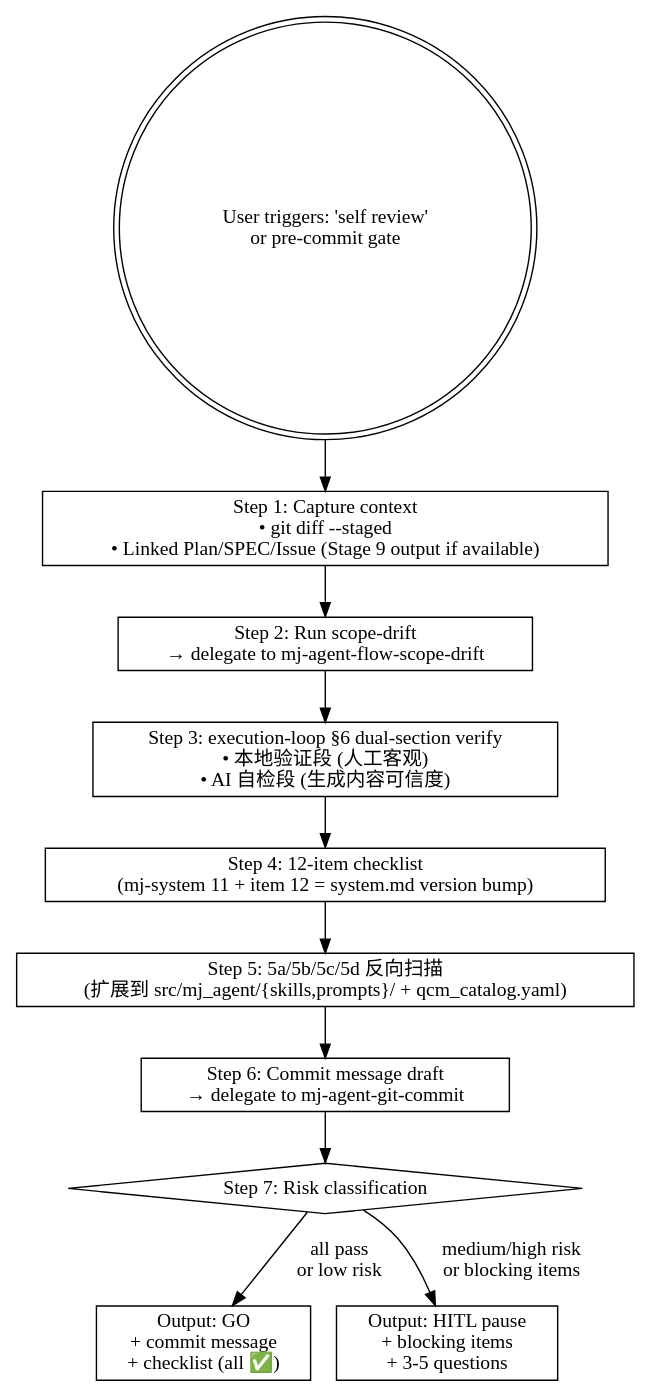
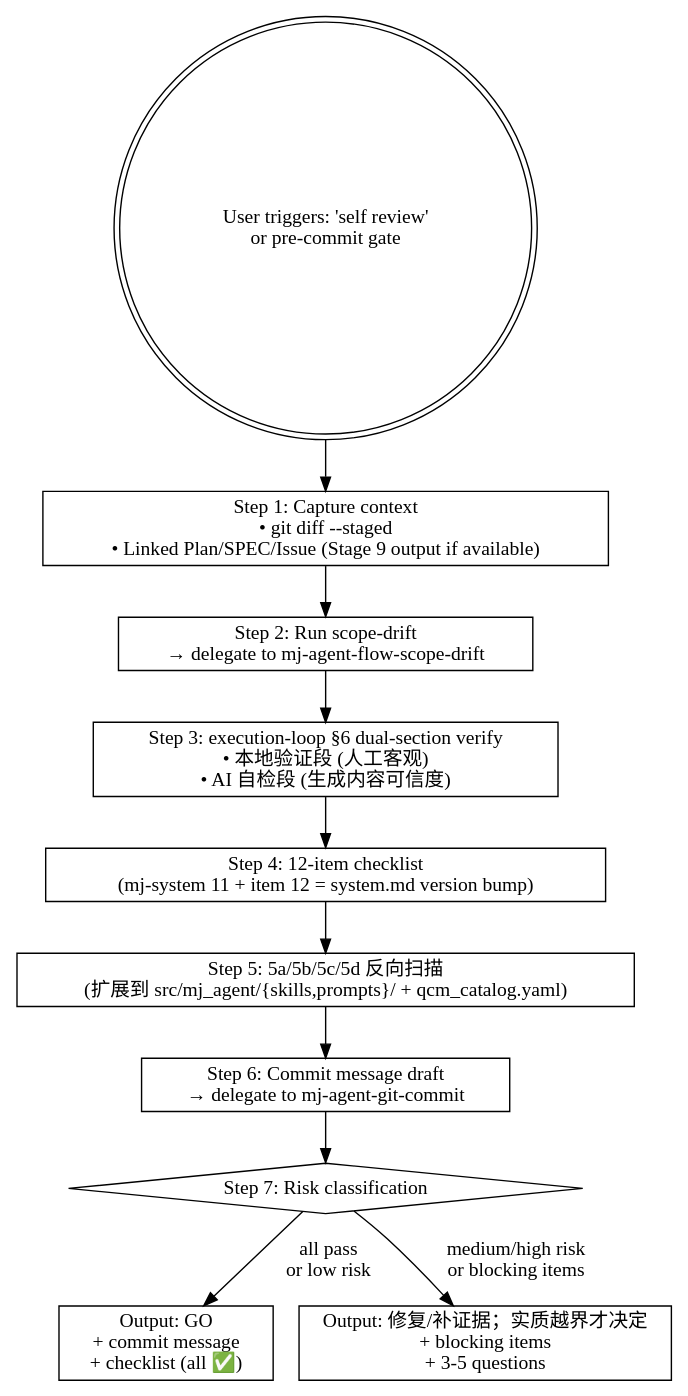
One commit to MJ-AgentLab/mj-agent changed the diagram in .agents/skills/mj-agent-flow-self-review/SKILL.md. Above: the diagram before and after it, drawn with Graphviz. The commit also changed other lines of this file and 134 other files, not shown here.

````diff
--- a/.agents/skills/mj-agent-flow-self-review/SKILL.md
+++ b/.agents/skills/mj-agent-flow-self-review/SKILL.md
@@ -27,21 +28,21 @@
 ```dot
 digraph self_review {
   rankdir=TB;
   start [label="User triggers: 'self review'\nor pre-commit gate" shape=doublecircle];
 
   s1 [label="Step 1: Capture context\n• git diff --staged\n• Linked Plan/SPEC/Issue (Stage 9 output if available)" shape=box];
   s2 [label="Step 2: Run scope-drift\n→ delegate to mj-agent-flow-scope-drift" shape=box];
   s3 [label="Step 3: execution-loop §6 dual-section verify\n• 本地验证段 (人工客观)\n• AI 自检段 (生成内容可信度)" shape=box];
   s4 [label="Step 4: 12-item checklist\n(mj-system 11 + item 12 = system.md version bump)" shape=box];
   s5 [label="Step 5: 5a/5b/5c/5d 反向扫描\n(扩展到 src/mj_agent/{skills,prompts}/ + qcm_catalog.yaml)" shape=box];
   s6 [label="Step 6: Commit message draft\n→ delegate to mj-agent-git-commit" shape=box];
   s7 [label="Step 7: Risk classification" shape=diamond];
 
   go [label="Output: GO\n+ commit message\n+ checklist (all ✅)" shape=box];
-  hitl [label="Output: HITL pause\n+ blocking items\n+ 3-5 questions" shape=box];
+  hitl [label="Output: 修复/补证据；实质越界才决定\n+ blocking items\n+ 3-5 questions" shape=box];
 
   start -> s1 -> s2 -> s3 -> s4 -> s5 -> s6 -> s7;
   s7 -> go [label="all pass\nor low risk"];
   s7 -> hitl [label="medium/high risk\nor blocking items"];
 }
 ```
````
